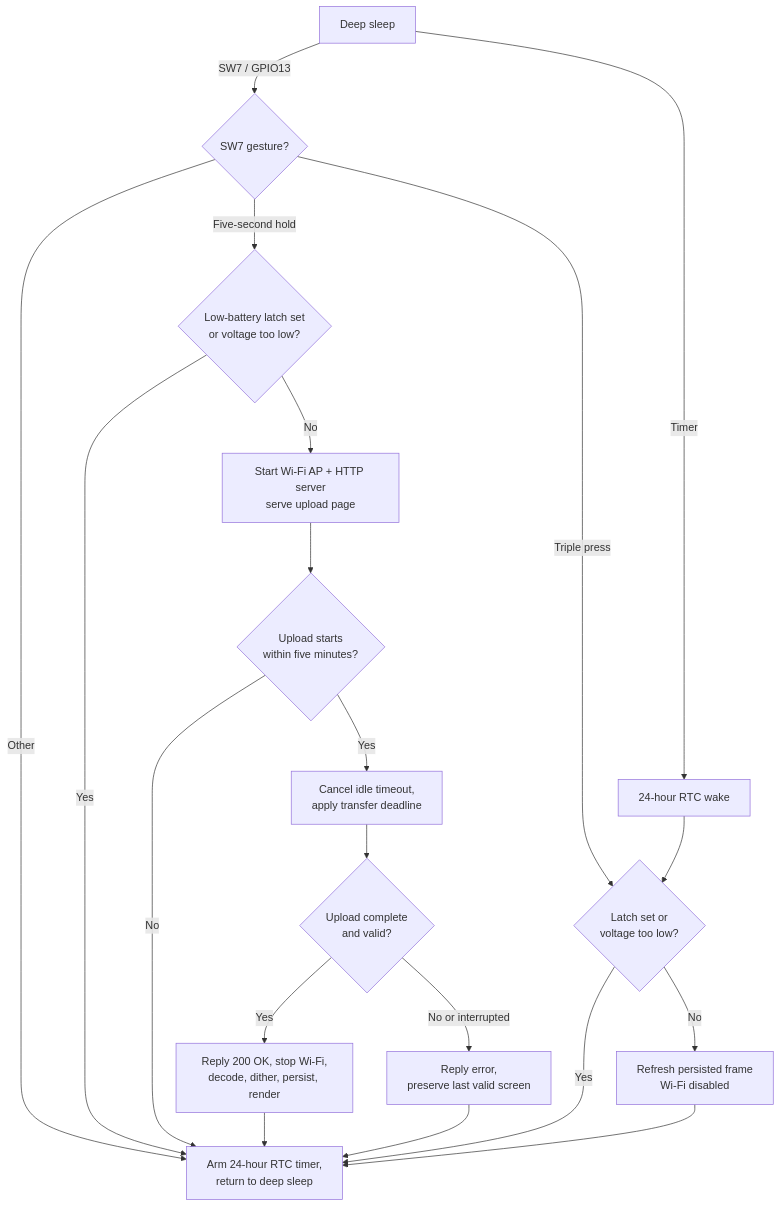
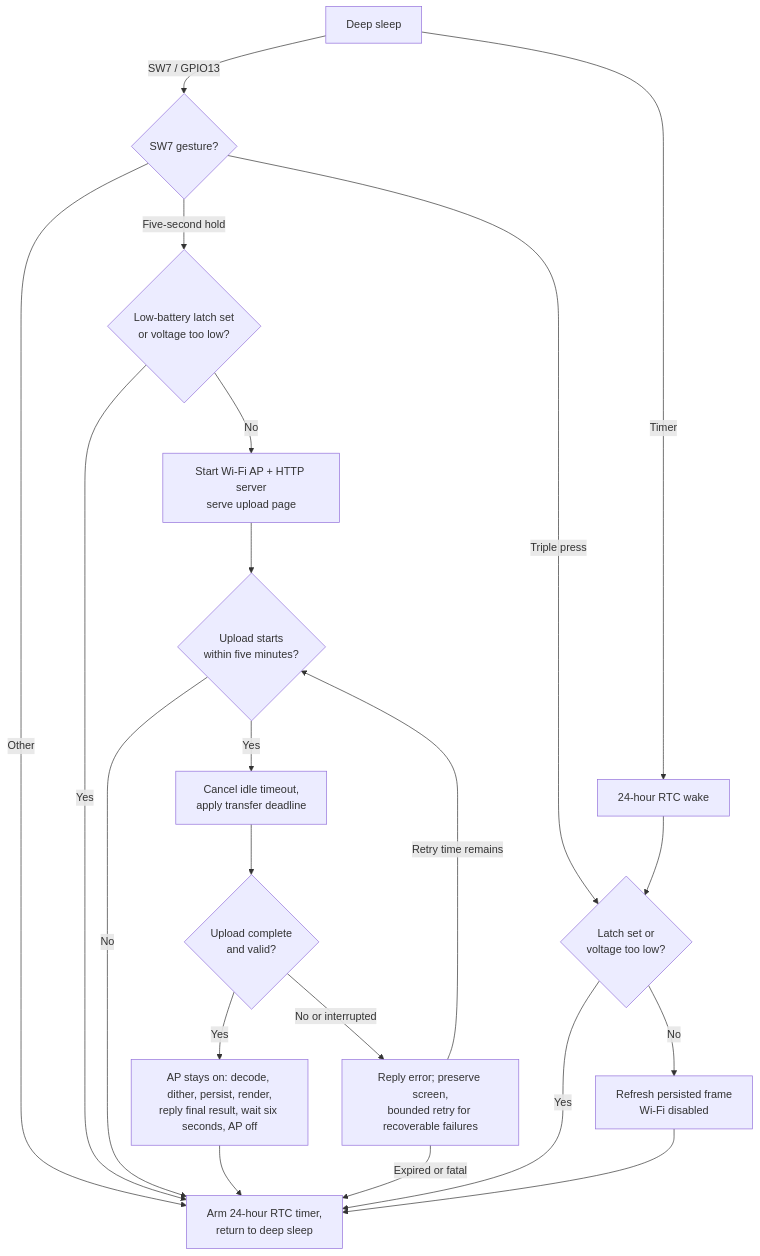
The second of 2 diagrams in docs/PLAN.md (Maokx1/hof_frame), drawn with Mermaid before and after one commit. The commit also changed other lines of this file and 2 other files, not shown here.

Commit message:
docs(firmware): document current modes, upload flow and recovery diagnostics

````diff
--- a/docs/PLAN.md
+++ b/docs/PLAN.md
@@ -201,29 +211,31 @@
 ```mermaid
 flowchart TD
     A["Deep sleep"]
     B["Start Wi-Fi AP + HTTP server<br/>serve upload page"]
     D{"Upload starts<br/>within five minutes?"}
     E["Arm 24-hour RTC timer,<br/>return to deep sleep"]
     F["Cancel idle timeout,<br/>apply transfer deadline"]
     G{"Upload complete<br/>and valid?"}
-    H["Reply 200 OK, stop Wi-Fi,<br/>decode, dither, persist, render"]
-    I["Reply error,<br/>preserve last valid screen"]
+    H["AP stays on: decode, dither, persist, render,<br/>reply final result, wait six seconds, AP off"]
+    I["Reply error; preserve screen,<br/>bounded retry for recoverable failures"]
     J["24-hour RTC wake"]
     K["Refresh persisted frame<br/>Wi-Fi disabled"]
     L{"Low-battery latch set<br/>or voltage too low?"}
     L2{"Latch set or<br/>voltage too low?"}
 
     A -->|"SW7 / GPIO13"| Q{"SW7 gesture?"}
     Q -->|"Other"| E
     Q -->|"Five-second hold"| L
     Q -->|"Triple press"| L2
     L -->|Yes| E
     L -->|No| B --> D
     D -->|No| E
     D -->|Yes| F --> G
     G -->|Yes| H --> E
-    G -->|No or interrupted| I --> E
+    G -->|No or interrupted| I
+    I -->|Retry time remains| D
+    I -->|Expired or fatal| E
     A -->|Timer| J --> L2
     L2 -->|Yes| E
     L2 -->|No| K --> E
 ```
````
